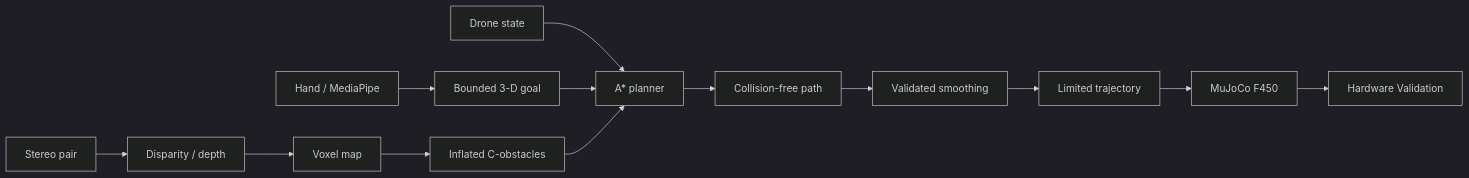
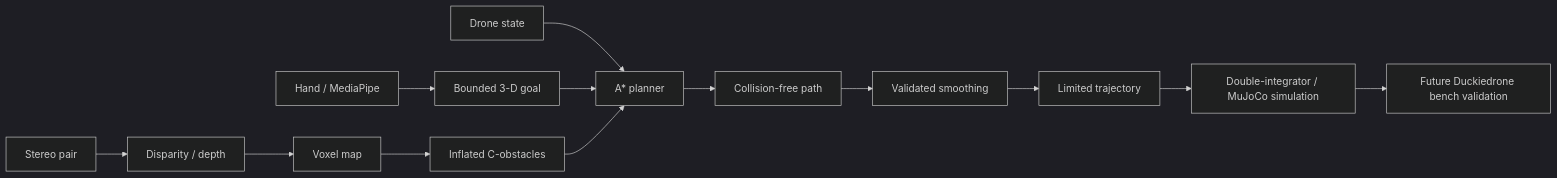
One commit to paulricky/Autonomous-Drone-Tracking-System changed the diagram in README.md. Above: the diagram before and after it, drawn with Mermaid (dark theme). The commit also changed other lines of this file and 168 other files, not shown here.

````diff
--- a/README.md
+++ b/README.md
@@ -19,15 +75,15 @@
 ```mermaid
 flowchart LR
   H[Hand / MediaPipe] --> G[Bounded 3-D goal]
   S[Drone state] --> P[A* planner]
   G --> P
   C[Stereo pair] --> D[Disparity / depth]
   D --> M[Voxel map]
   M --> I[Inflated C-obstacles]
   I --> P
   P --> Q[Collision-free path]
   Q --> SM[Validated smoothing]
   SM --> T[Limited trajectory]
-  T --> MJ[MuJoCo F450]
-  MJ --> HV[Hardware Validation]
+  T --> MJ[Double-integrator / MuJoCo simulation]
+  MJ --> HV[Future Duckiedrone bench validation]
 ```
````
